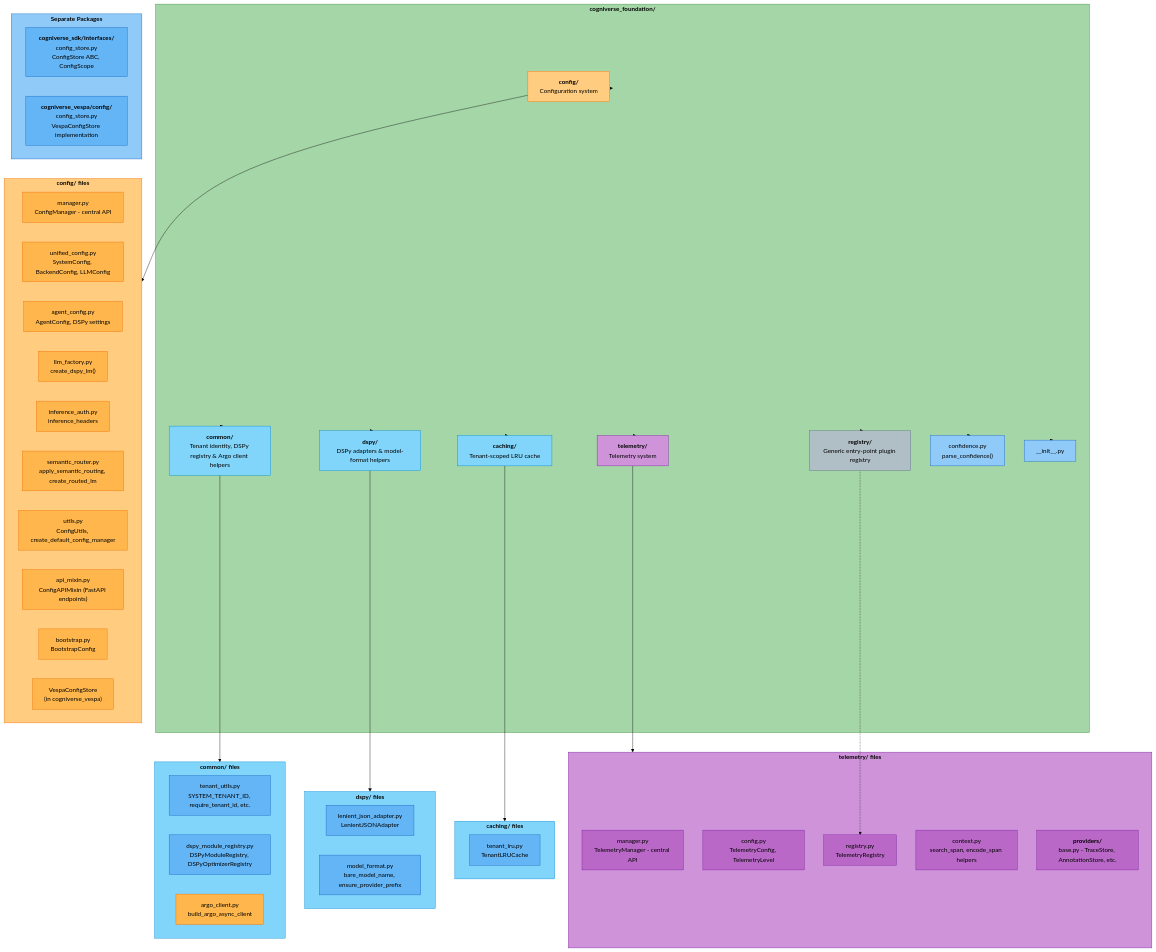
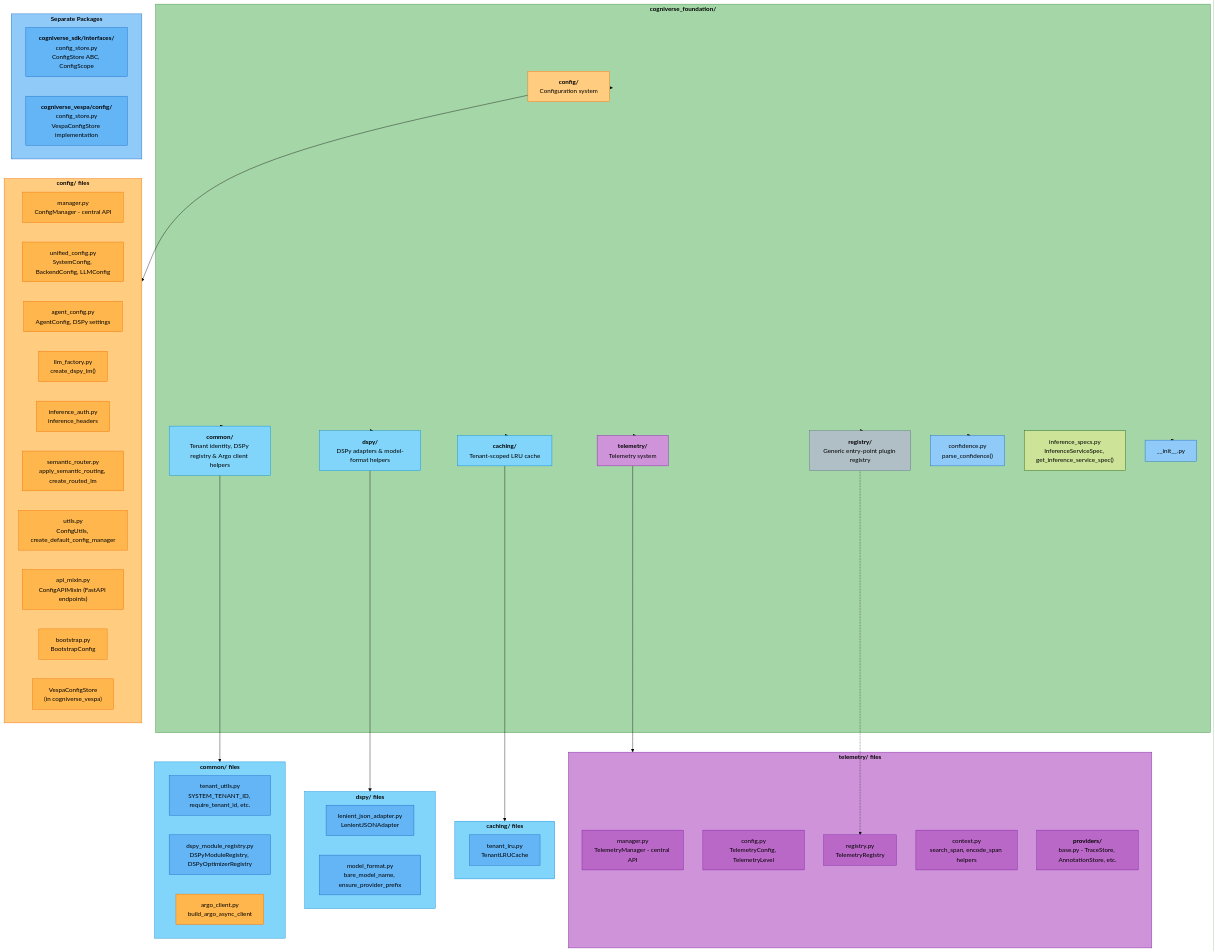
The first of 3 diagrams in docs/modules/foundation.md (amit-jain/cogniverse), drawn with Mermaid (forest theme) before and after one commit. The commit also changed 38 other files, not shown here.

First line of the commit message:
Move inference service specs to foundation

```diff
--- a/docs/modules/foundation.md
+++ b/docs/modules/foundation.md
@@ -57,6 +57,7 @@
         DspyDir["<span style='color:#000'><b>dspy/</b><br/>DSPy adapters &amp; model-format helpers</span>"]
         CommonDir["<span style='color:#000'><b>common/</b><br/>Tenant identity, DSPy registry &amp; Argo client helpers</span>"]
         ConfidencePy["<span style='color:#000'>confidence.py<br/>parse_confidence()</span>"]
+        InferenceSpecs["<span style='color:#000'>inference_specs.py<br/>InferenceServiceSpec, get_inference_service_spec()</span>"]
         InitPy["<span style='color:#000'>__init__.py</span>"]
     end
 
```
